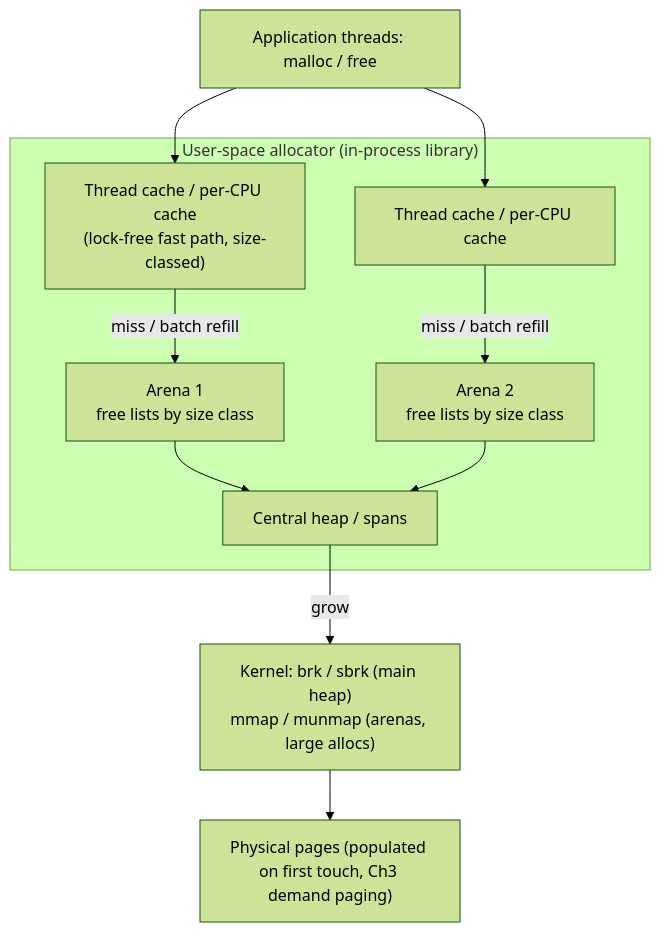
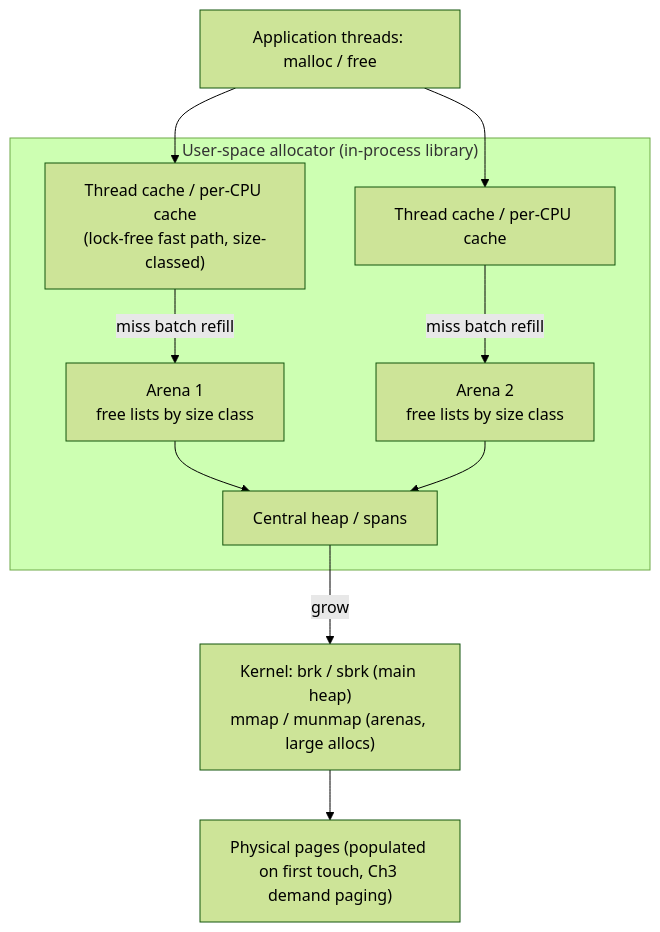
One commit to bumbsclaw/textbooks changed the first of 7 diagrams in vol-02-operating-systems-linux/ch04-memory-practice.md. Above: the diagram before and after it, drawn with Mermaid (forest theme). The commit also changed other lines of this file and 173 other files, not shown here.

First line of the commit message:
fix(mermaid): close note brackets, semicolons in Notes, stateDiagram br -> dash, edge parens

````diff
--- a/vol-02-operating-systems-linux/ch04-memory-practice.md
+++ b/vol-02-operating-systems-linux/ch04-memory-practice.md
@@ -76,22 +76,22 @@
 ```mermaid
 flowchart TD
   APP["Application threads: malloc / free"]
   subgraph ALLOC["User-space allocator (in-process library)"]
     TC1["Thread cache / per-CPU cache<br/>(lock-free fast path, size-classed)"]
     TC2["Thread cache / per-CPU cache"]
     A1["Arena 1<br/>free lists by size class"]
     A2["Arena 2<br/>free lists by size class"]
     CENTRAL["Central heap / spans"]
   end
   KERNEL["Kernel: brk / sbrk (main heap)<br/>mmap / munmap (arenas, large allocs)"]
   PHYS["Physical pages (populated on first touch, Ch3 demand paging)"]
 
   APP --> TC1
   APP --> TC2
-  TC1 -->|"miss / batch refill"| A1
-  TC2 -->|"miss / batch refill"| A2
+  TC1 -->|"miss batch refill"| A1
+  TC2 -->|"miss batch refill"| A2
   A1 --> CENTRAL
   A2 --> CENTRAL
   CENTRAL -->|"grow"| KERNEL
   KERNEL --> PHYS
 ```
````
